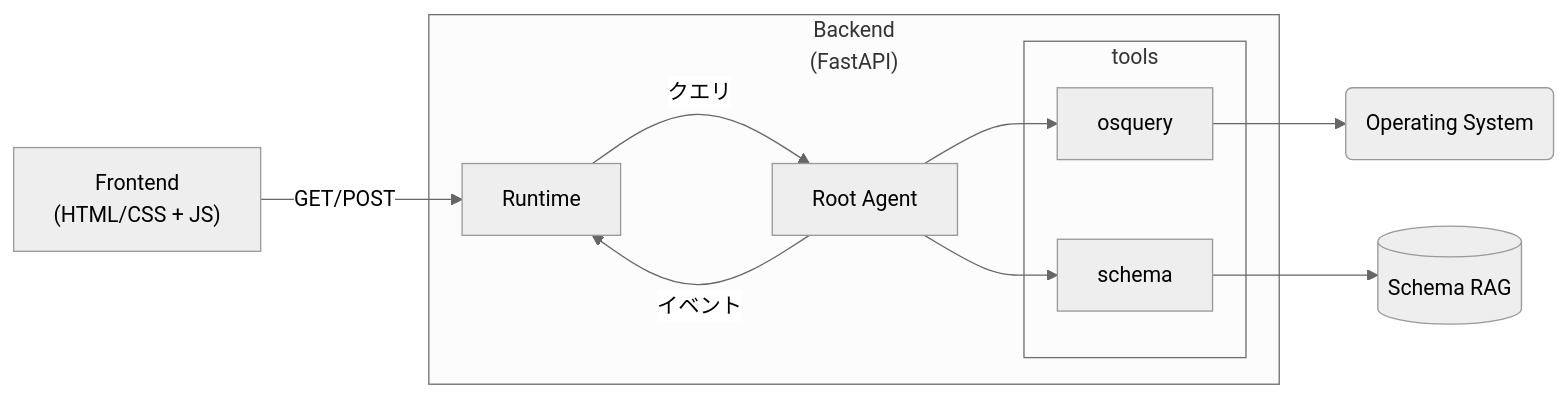
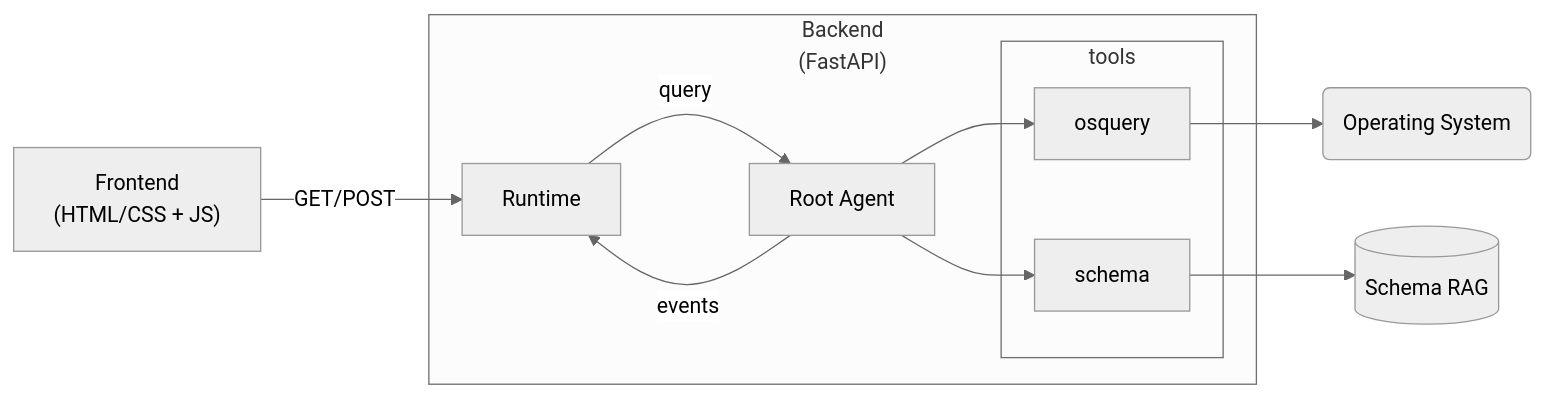
One commit to danicat/danicat.dev changed the diagram in content/posts/20251031-building-aida/index.ja.md. Above: the diagram before and after it, drawn with Mermaid (neutral theme). The commit also changed other lines of this file and 77 other files, not shown here.

```diff
--- a/content/posts/20251031-building-aida/index.ja.md
+++ b/content/posts/20251031-building-aida/index.ja.md
@@ -60,28 +60,29 @@
 {{< mermaid >}}
 flowchart LR
     frontend["`Frontend
-    (HTML/CSS + JS)`"]
+    (HTML/CSS + JS)
+    `"]
     runtime[Runtime]
     root["Root Agent"]
     osquery["osquery"]
     schema["schema"]
     rag[("Schema RAG")]
     os("Operating System")
     
     frontend -->|GET/POST| runtime
     
     subgraph be ["`Backend
     (FastAPI)`"]
-    runtime -- クエリ --> root
-    root -- イベント --> runtime
+    runtime -- query --> root
+    root -- events --> runtime
     root --> osquery
     root --> schema
     subgraph tools
     osquery
     schema
     end
     end
     
     osquery --> os
     schema --> rag
 {{< /mermaid >}}
```
